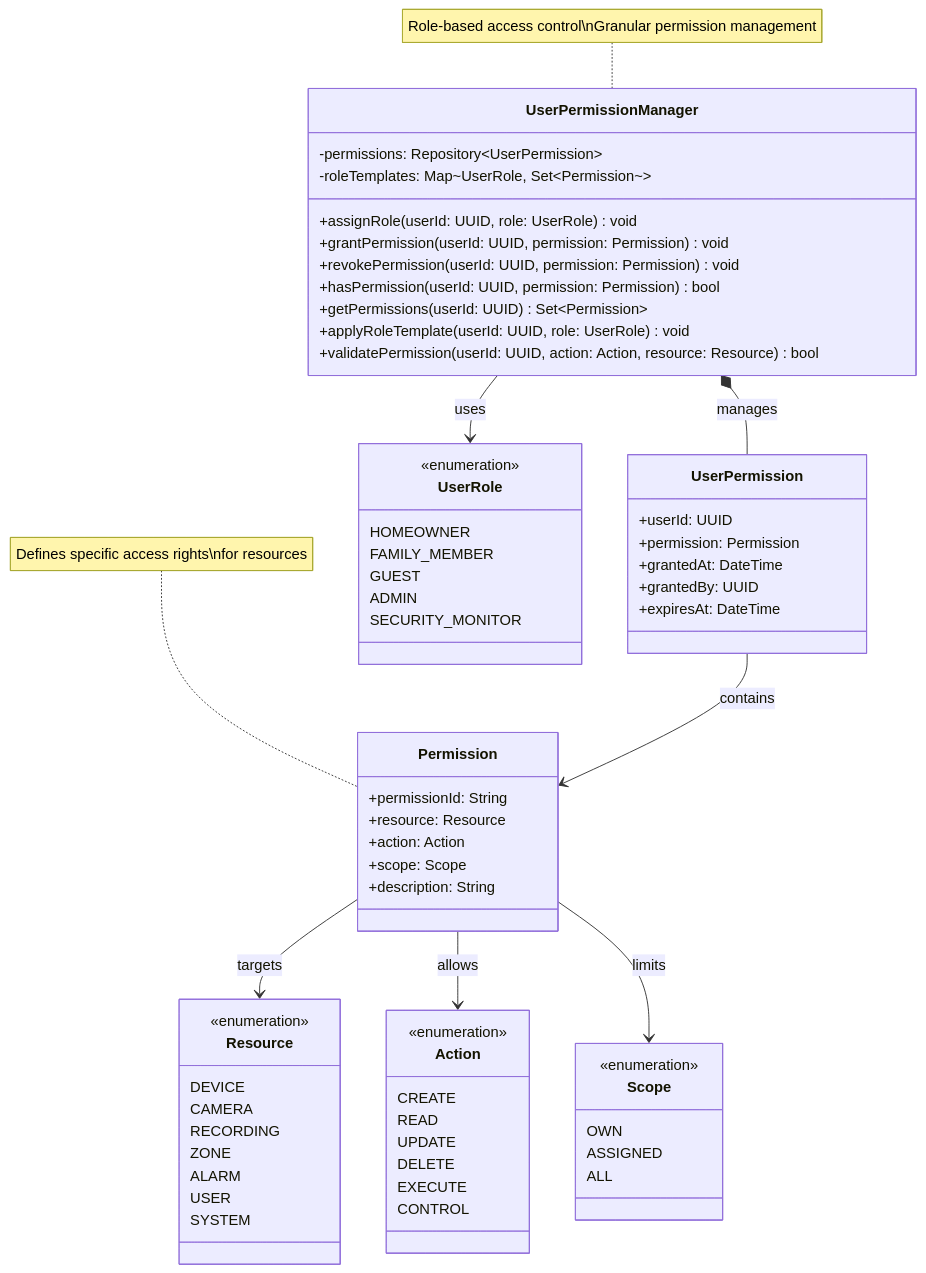
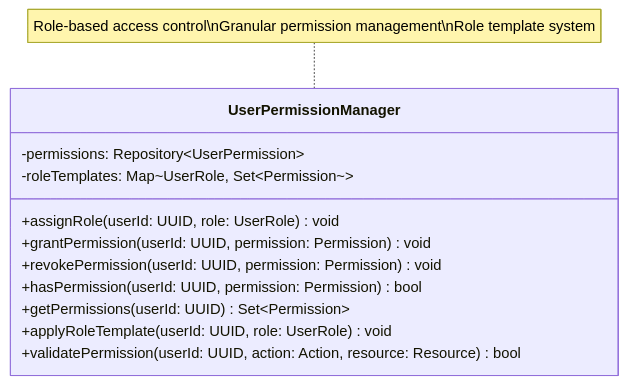
Diagram 15 of 18 in diagrams/business_class_diagram.md (mj010101/swe_25f), drawn with Mermaid before and after one commit. The commit also changed other lines of this file, not shown here.

Commit message:
fix: business class diagram

````diff
--- a/diagrams/business_class_diagram.md
+++ b/diagrams/business_class_diagram.md
@@ -1046,79 +484,18 @@
 ```mermaid
 classDiagram
     direction TB
 
     class UserPermissionManager {
         -permissions: Repository~UserPermission~
         -roleTemplates: Map~UserRole, Set~Permission~~
         +assignRole(userId: UUID, role: UserRole) void
         +grantPermission(userId: UUID, permission: Permission) void
         +revokePermission(userId: UUID, permission: Permission) void
         +hasPermission(userId: UUID, permission: Permission) bool
         +getPermissions(userId: UUID) Set~Permission~
         +applyRoleTemplate(userId: UUID, role: UserRole) void
         +validatePermission(userId: UUID, action: Action, resource: Resource) bool
     }
 
-    class UserPermission {
-        +userId: UUID
-        +permission: Permission
-        +grantedAt: DateTime
-        +grantedBy: UUID
-        +expiresAt: DateTime
-    }
-
-    class Permission {
-        +permissionId: String
-        +resource: Resource
-        +action: Action
-        +scope: Scope
-        +description: String
-    }
-
-    class UserRole {
-        <<enumeration>>
-        HOMEOWNER
-        FAMILY_MEMBER
-        GUEST
-        ADMIN
-        SECURITY_MONITOR
-    }
-
-    class Resource {
-        <<enumeration>>
-        DEVICE
-        CAMERA
-        RECORDING
-        ZONE
-        ALARM
-        USER
-        SYSTEM
-    }
-
-    class Action {
-        <<enumeration>>
-        CREATE
-        READ
-        UPDATE
-        DELETE
-        EXECUTE
-        CONTROL
-    }
-
-    class Scope {
-        <<enumeration>>
-        OWN
-        ASSIGNED
-        ALL
-    }
-
-    UserPermissionManager *-- UserPermission : manages
-    UserPermissionManager --> UserRole : uses
-    UserPermission --> Permission : contains
-    Permission --> Resource : targets
-    Permission --> Action : allows
-    Permission --> Scope : limits
-
-    note for UserPermissionManager "Role-based access control\nGranular permission management"
-    note for Permission "Defines specific access rights\nfor resources"
+    note for UserPermissionManager "Role-based access control\nGranular permission management\nRole template system"
 ```
````
